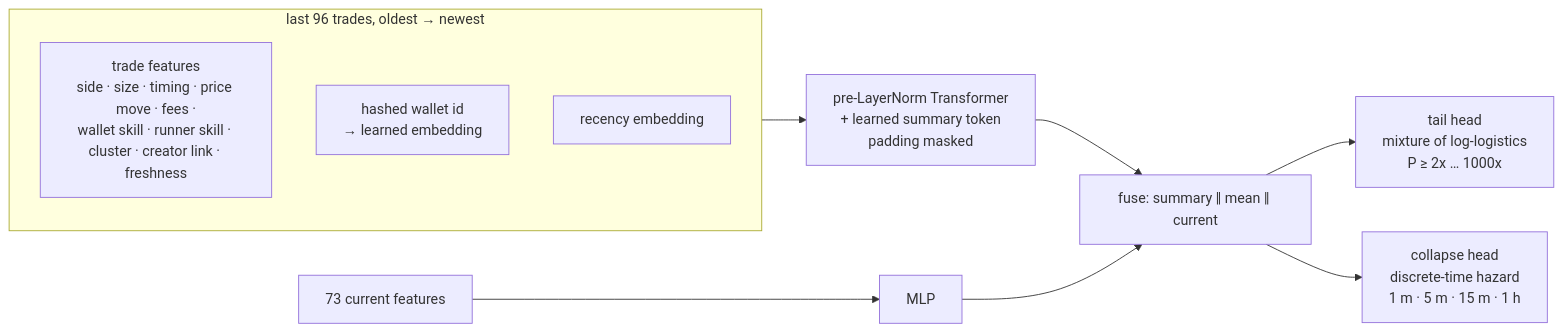
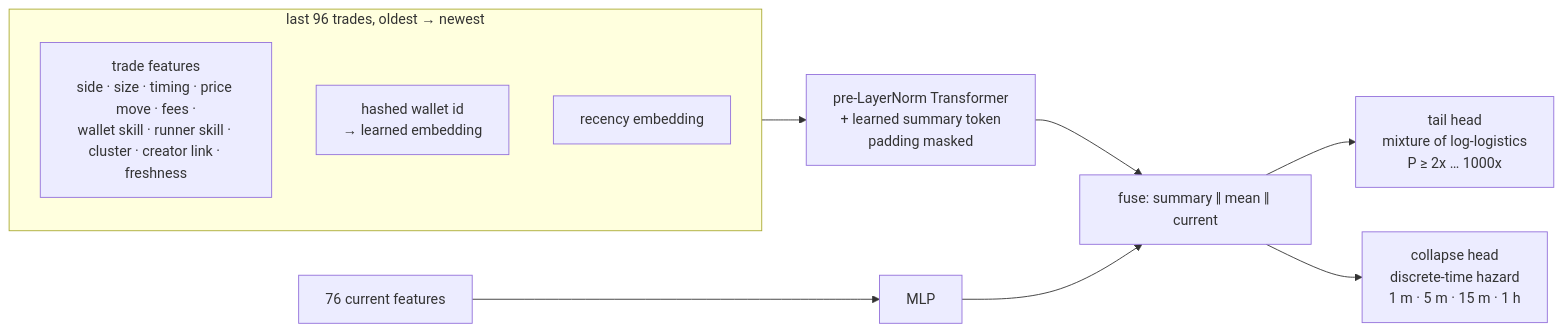
The diagram in docs/TAPE.md (paloaltovisitor57-cloud/Machines-learning-at-full-speed), drawn with Mermaid before and after one commit. The commit also changed other lines of this file and 13 other files, not shown here.

````diff
--- a/docs/TAPE.md
+++ b/docs/TAPE.md
@@ -7,14 +7,14 @@
 ```mermaid
 flowchart LR
     subgraph TAPE[last 96 trades, oldest → newest]
         T1[trade features<br/>side · size · timing · price move · fees ·<br/>wallet skill · runner skill · cluster · creator link · freshness]
         W1[hashed wallet id<br/>→ learned embedding]
         R1[recency embedding]
     end
     TAPE --> ENC[pre-LayerNorm Transformer<br/>+ learned summary token<br/>padding masked]
-    CUR[73 current features] --> MLP[MLP]
+    CUR[76 current features] --> MLP[MLP]
     ENC --> FUSE[fuse: summary ‖ mean ‖ current]
     MLP --> FUSE
     FUSE --> TAIL[tail head<br/>mixture of log-logistics<br/>P ≥ 2x … 1000x]
     FUSE --> HAZ[collapse head<br/>discrete-time hazard<br/>1 m · 5 m · 15 m · 1 h]
 ```
````
